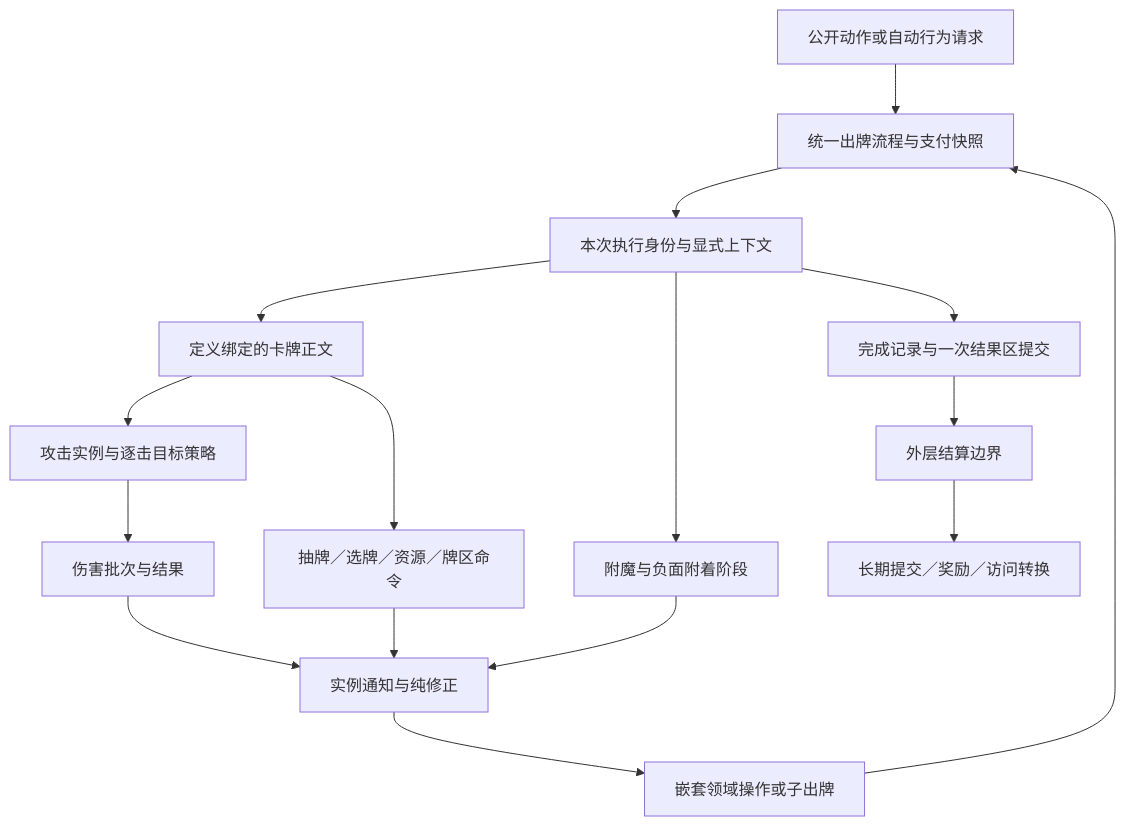
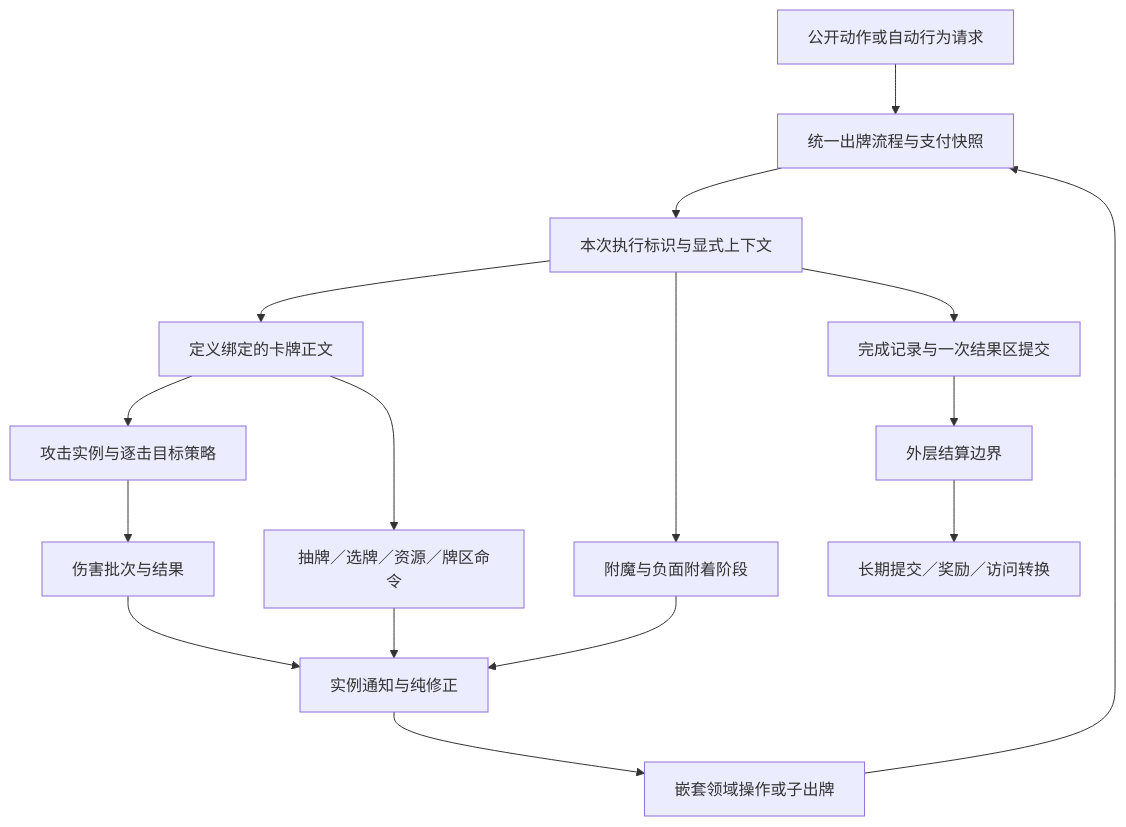
The diagram in docs/design/mod-the-spire/content-behavior-refactor-goals.md (QingXiang22/auto-the-spire), drawn with Mermaid before and after one commit. The commit also changed other lines of this file and 130 other files, not shown here.

````diff
--- a/docs/design/mod-the-spire/content-behavior-refactor-goals.md
+++ b/docs/design/mod-the-spire/content-behavior-refactor-goals.md
@@ -32,18 +32,18 @@
 ```mermaid
 flowchart TD
     External[公开动作或自动行为请求] --> Play[统一出牌流程与支付快照]
-    Play --> Execution[本次执行身份与显式上下文]
+    Play --> Execution[本次执行标识与显式上下文]
     Execution --> Body[定义绑定的卡牌正文]
     Body --> Attack[攻击实例与逐击目标策略]
     Attack --> Damage[伤害批次与结果]
     Body --> Other[抽牌／选牌／资源／牌区命令]
     Execution --> Attachment[附魔与负面附着阶段]
     Damage --> Reactions[实例通知与纯修正]
     Other --> Reactions
     Attachment --> Reactions
     Reactions --> Nested[嵌套领域操作或子出牌]
     Nested --> Play
     Execution --> Finish[完成记录与一次结果区提交]
     Finish --> Boundary[外层结算边界]
     Boundary --> Run[长期提交／奖励／访问转换]
 ```
````
